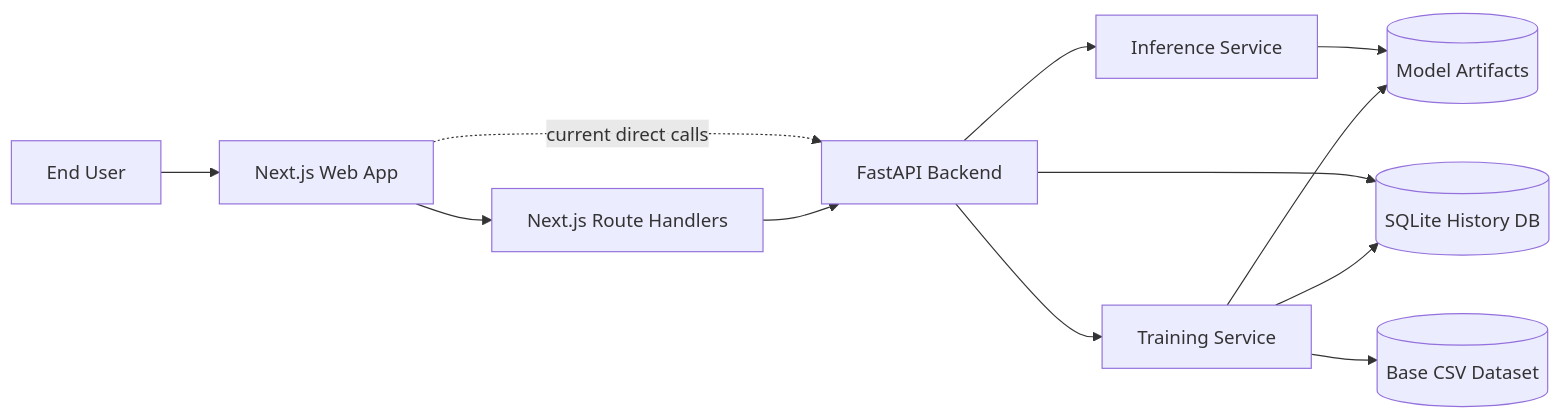
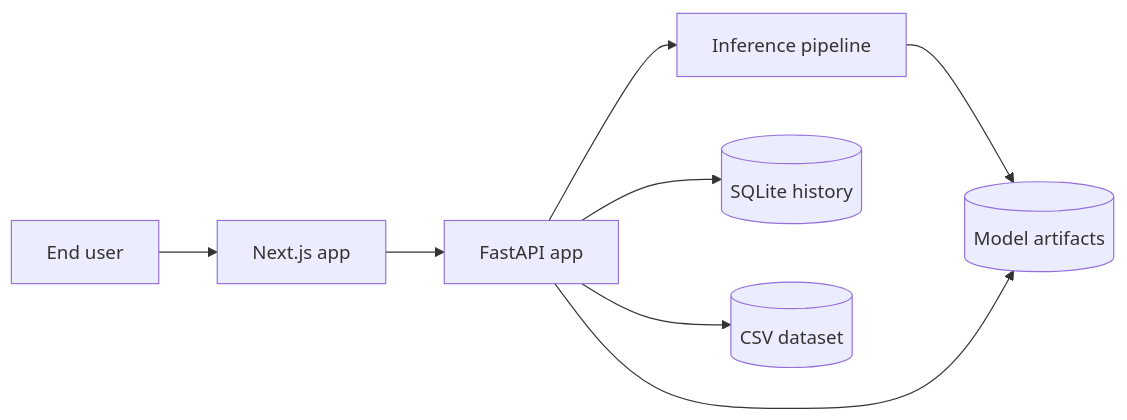
The diagram in docs/system-architecture.md (harshkumarsingh200205-coder/Fake-News-Detection), drawn with Mermaid before and after one commit. The commit also changed other lines of this file and 16 other files, not shown here.

````diff
--- a/docs/system-architecture.md
+++ b/docs/system-architecture.md
@@ -45,24 +14,18 @@
 ```mermaid
 flowchart LR
-    User[End User]
-    Browser[Next.js Web App]
-    BFF[Next.js Route Handlers]
-    API[FastAPI Backend]
-    Infer[Inference Service]
-    Train[Training Service]
-    DB[(SQLite History DB)]
-    Artifacts[(Model Artifacts)]
-    Dataset[(Base CSV Dataset)]
+    User[End user]
+    Frontend[Next.js app]
+    API[FastAPI app]
+    Predictor[Inference pipeline]
+    DB[(SQLite history)]
+    Artifacts[(Model artifacts)]
+    Dataset[(CSV dataset)]
 
-    User --> Browser
-    Browser --> BFF
-    Browser -. current direct calls .-> API
-    BFF --> API
-    API --> Infer
+    User --> Frontend
+    Frontend --> API
+    API --> Predictor
     API --> DB
-    API --> Train
-    Infer --> Artifacts
-    Train --> Dataset
-    Train --> DB
-    Train --> Artifacts
+    Predictor --> Artifacts
+    API --> Artifacts
+    API --> Dataset
 ```
````
